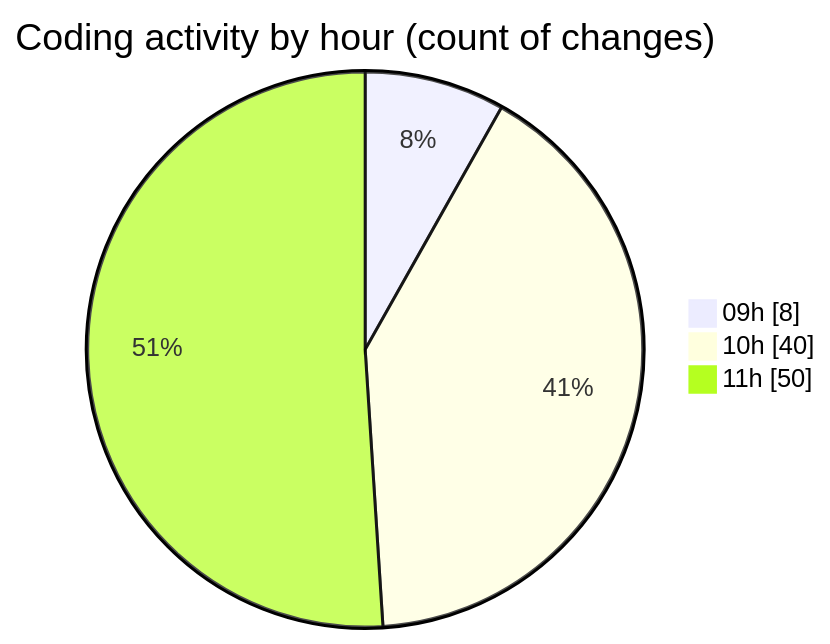
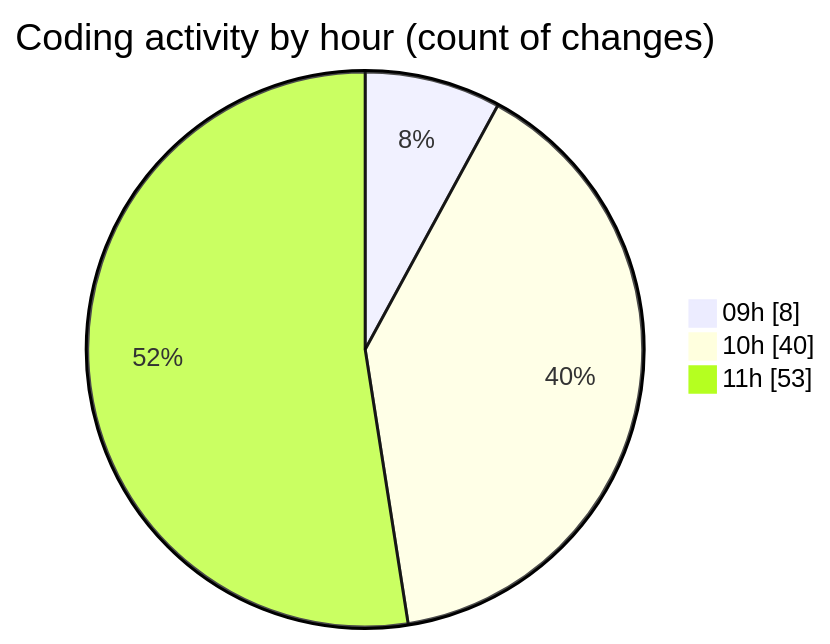
One commit to momahboobian/code-tracking changed the second of 2 diagrams in 2025-09-01/cda/README.md. Above: the diagram before and after it, drawn with Mermaid. The commit also changed other lines of this file and 1 other file, not shown here.

````diff
--- a/2025-09-01/cda/README.md
+++ b/2025-09-01/cda/README.md
@@ -37,7 +37,7 @@
 ```mermaid
 pie showData
 title Coding activity by hour (count of changes)
 "09h" : 8
 "10h" : 40
-"11h" : 50
+"11h" : 53
 ```
````
